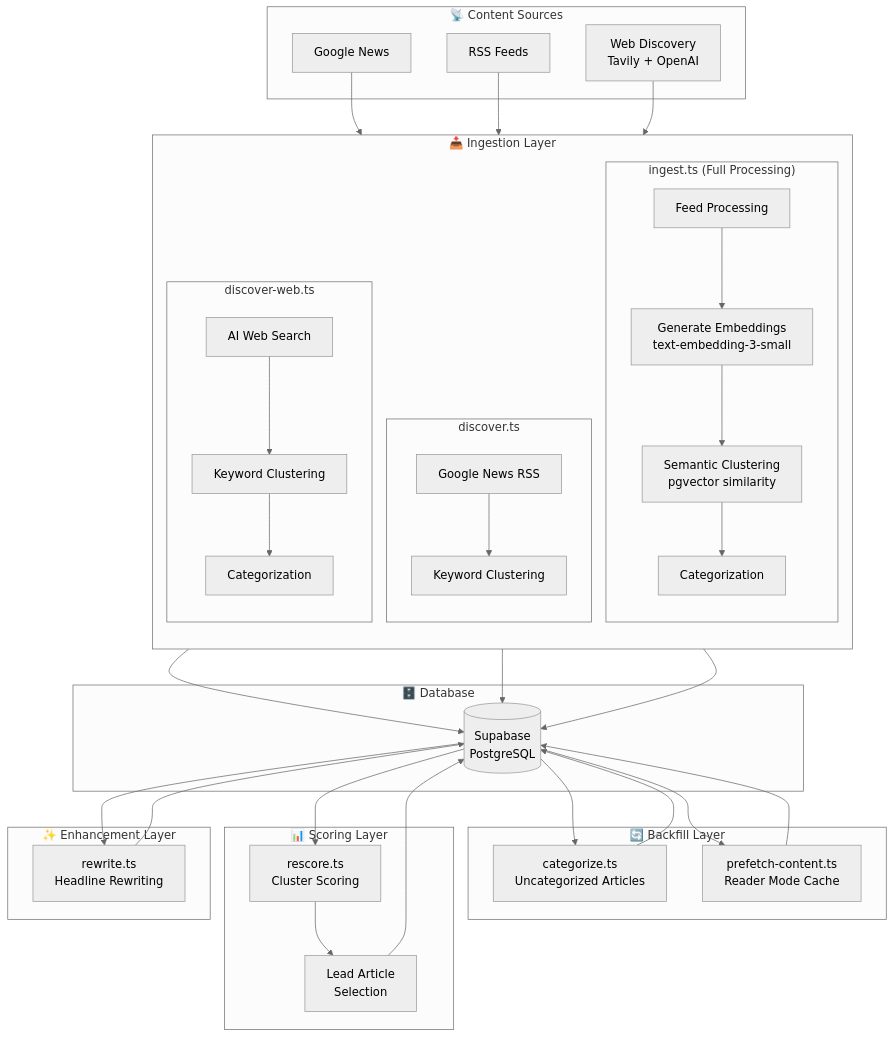
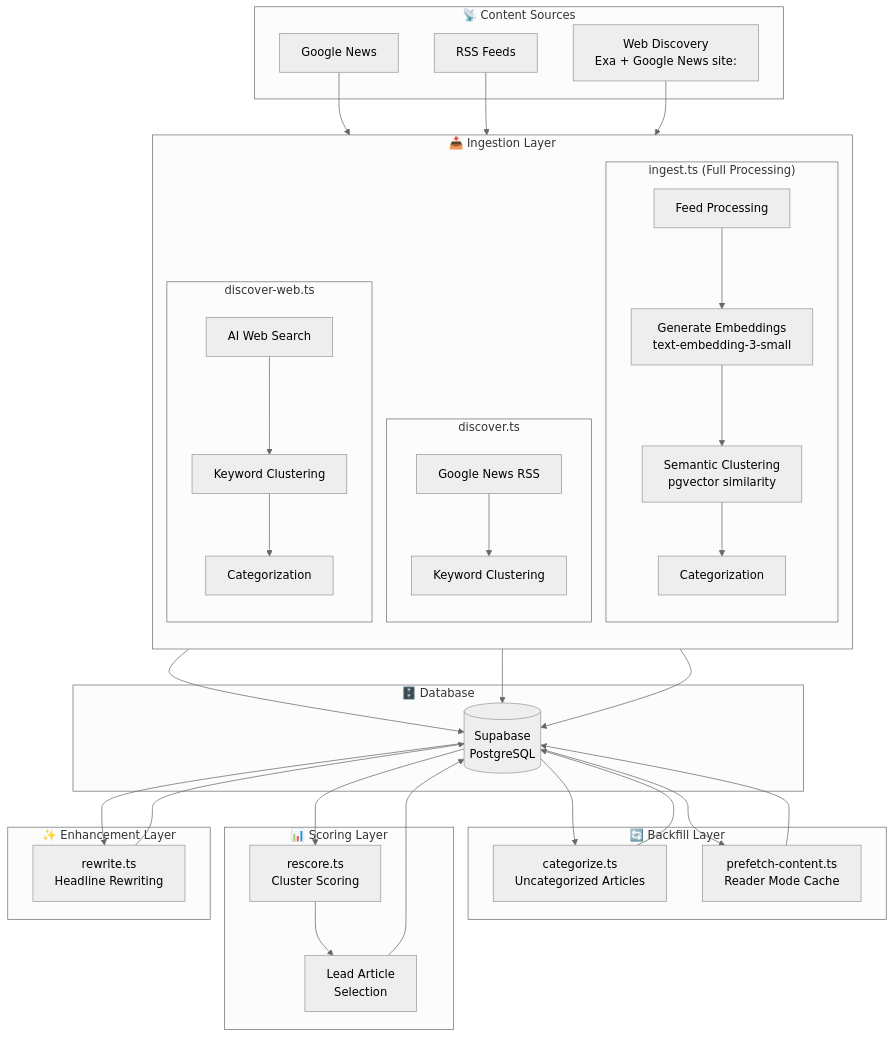
The second of 9 diagrams in README.md (dwahbe/climate-river), drawn with Mermaid (neutral theme) before and after one commit. The commit also changed other lines of this file and 38 other files, not shown here.

First line of the commit message:
Add Exa discovery, trusted sources & scoring tweaks

````diff
--- a/README.md
+++ b/README.md
@@ -59,72 +59,72 @@
 ```mermaid
 flowchart TB
     subgraph Sources["📡 Content Sources"]
         RSS[RSS Feeds]
         GN[Google News]
-        WEB[Web Discovery<br/>Tavily + OpenAI]
+        WEB[Web Discovery<br/>Exa + Google News site:]
     end
 
     subgraph Ingest["📥 Ingestion Layer"]
         direction TB
         subgraph DiscoverPath["discover.ts"]
             DISC[Google News RSS]
             DISC_KW[Keyword Clustering]
         end
         subgraph IngestPath["ingest.ts (Full Processing)"]
             ING[Feed Processing]
             EMB[Generate Embeddings<br/>text-embedding-3-small]
             SEM_CLUST[Semantic Clustering<br/>pgvector similarity]
             ING_CAT[Categorization]
         end
         subgraph WebPath["discover-web.ts"]
             WEBDISC[AI Web Search]
             WEB_KW[Keyword Clustering]
             WEB_CAT[Categorization]
         end
     end
 
     subgraph Backfill["🔄 Backfill Layer"]
         CAT[categorize.ts<br/>Uncategorized Articles]
         PRE[prefetch-content.ts<br/>Reader Mode Cache]
     end
 
     subgraph Score["📊 Scoring Layer"]
         RESCORE[rescore.ts<br/>Cluster Scoring]
         LEAD[Lead Article<br/>Selection]
     end
 
     subgraph Enhance["✨ Enhancement Layer"]
         REWRITE[rewrite.ts<br/>Headline Rewriting]
     end
 
     subgraph Storage["🗄️ Database"]
         DB[(Supabase<br/>PostgreSQL)]
     end
 
     GN --> DISC
     DISC --> DISC_KW
     DISC_KW --> DB
 
     RSS --> ING
     ING --> EMB
     EMB --> SEM_CLUST
     SEM_CLUST --> ING_CAT
     ING_CAT --> DB
 
     WEB --> WEBDISC
     WEBDISC --> WEB_KW
     WEB_KW --> WEB_CAT
     WEB_CAT --> DB
 
     DB --> CAT
     DB --> PRE
     CAT --> DB
     PRE --> DB
 
     DB --> RESCORE
     RESCORE --> LEAD
     LEAD --> DB
 
     DB --> REWRITE
     REWRITE --> DB
 ```
````
